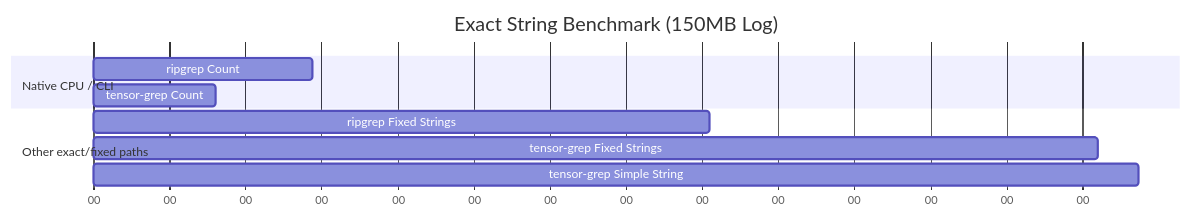
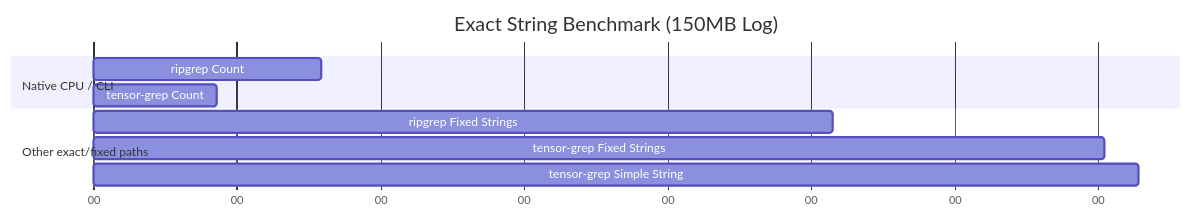
One commit to oimiragieo/tensor-grep changed the third of 3 diagrams in docs/PAPER.md. Above: the diagram before and after it, drawn with Mermaid. The commit also changed other lines of this file and 2 other files, not shown here.

````diff
--- a/docs/PAPER.md
+++ b/docs/PAPER.md
@@ -127,15 +127,15 @@
 ```mermaid
 gantt
     title Exact String Benchmark (150MB Log)
     dateFormat  s
     axisFormat %S
     
     section Native CPU / CLI
-    ripgrep Count              :a1, 0, 0.144s
-    tensor-grep Count          :a2, 0, 0.080s
+    ripgrep Count              :a1, 0, 0.159s
+    tensor-grep Count          :a2, 0, 0.086s
     
     section Other exact/fixed paths
-    ripgrep Fixed Strings      :a3, 0, 0.405s
-    tensor-grep Fixed Strings  :a4, 0, 0.660s
-    tensor-grep Simple String  :a5, 0, 0.687s
+    ripgrep Fixed Strings      :a3, 0, 0.515s
+    tensor-grep Fixed Strings  :a4, 0, 0.704s
+    tensor-grep Simple String  :a5, 0, 0.728s
 ```
````
